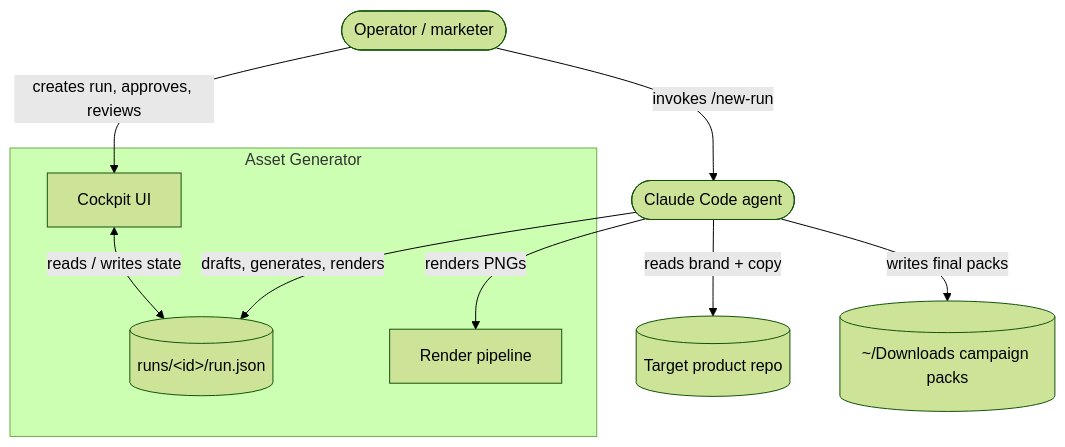
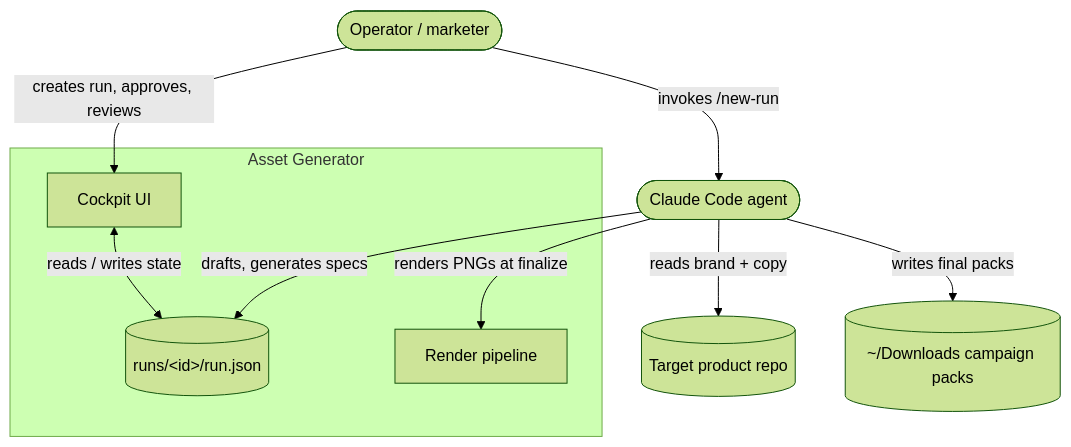
One commit to jfa94/asset-generator changed the first of 2 diagrams in docs/architecture/overview.md. Above: the diagram before and after it, drawn with Mermaid (forest theme). The commit also changed other lines of this file and 49 other files, not shown here.

````diff
--- a/docs/architecture/overview.md
+++ b/docs/architecture/overview.md
@@ -9,20 +9,20 @@
 ```mermaid
 graph TD
     Operator([Operator / marketer])
     Agent([Claude Code agent])
     subgraph System[Asset Generator]
         UI[Cockpit UI]
         RunFile[(runs/&lt;id&gt;/run.json)]
         Renderer[Render pipeline]
     end
     TargetRepo[(Target product repo)]
     Downloads[(~/Downloads campaign packs)]
 
     Operator -->|creates run, approves, reviews| UI
-    Agent -->|drafts, generates, renders| RunFile
+    Agent -->|drafts, generates specs| RunFile
     UI <-->|reads / writes state| RunFile
     Agent -->|reads brand + copy| TargetRepo
-    Agent -->|renders PNGs| Renderer
+    Agent -->|renders PNGs at finalize| Renderer
     Agent -->|writes final packs| Downloads
     Operator -->|invokes /new-run| Agent
 ```
````
